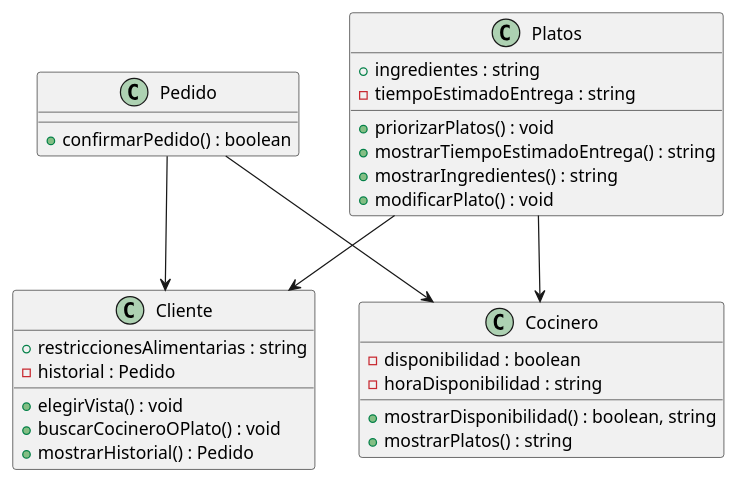
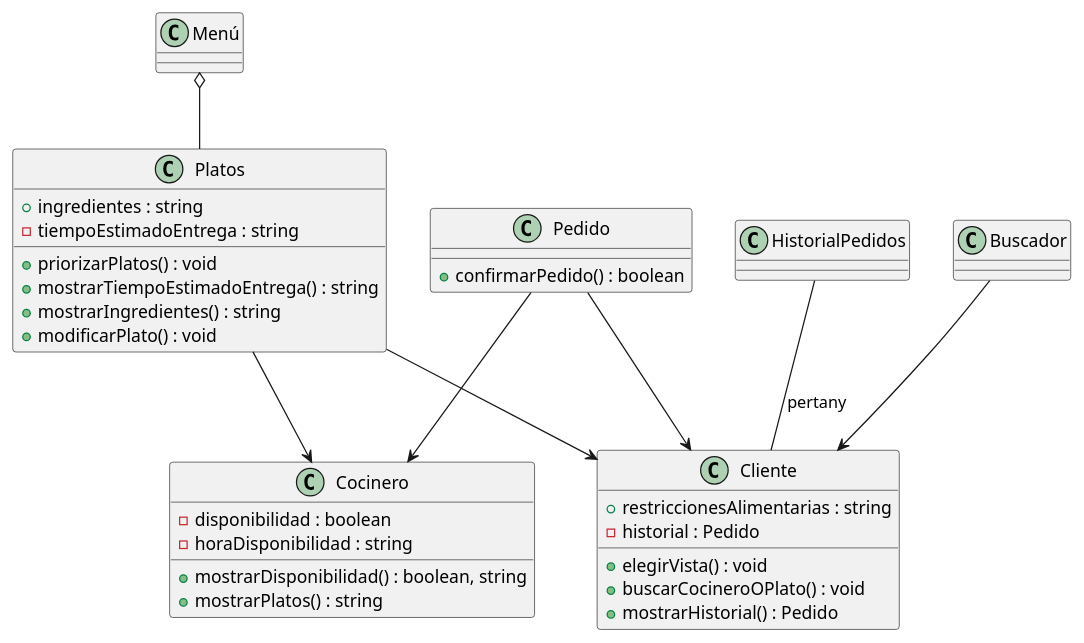
The diagram in documents/Diagrama Clases/CodeUML/bloq2.pUML (dabien3/ES25UAB-511-05), drawn with PlantUML before and after one commit.

```diff
--- a/documents/Diagrama Clases/CodeUML/bloq2.pUML
+++ b/documents/Diagrama Clases/CodeUML/bloq2.pUML
@@ -1,37 +1,42 @@
 @startuml
 
 class Cliente
 {
    +restriccionesAlimentarias : string
    +elegirVista() : void   
    +buscarCocineroOPlato() : void
    -historial : Pedido
    +mostrarHistorial() : Pedido
 }
 class Cocinero
 {
    -disponibilidad : boolean
    -horaDisponibilidad : string
    +mostrarDisponibilidad() : boolean, string
    +mostrarPlatos() : string
 }
 class Pedido
 {
    +confirmarPedido() : boolean
 }
 class Platos
 {
    +ingredientes : string
    -tiempoEstimadoEntrega : string
    +priorizarPlatos() : void
    +mostrarTiempoEstimadoEntrega() : string
    +mostrarIngredientes() : string
    +modificarPlato() : void
 }
 
+class Menú
+class Buscador
+class HistorialPedidos
 Pedido --> Cliente
 Pedido --> Cocinero
 Platos --> Cliente
 Platos --> Cocinero
-
+HistorialPedidos -- Cliente : pertany
+Menú o-- Platos
+Buscador --> Cliente
 @enduml
```
